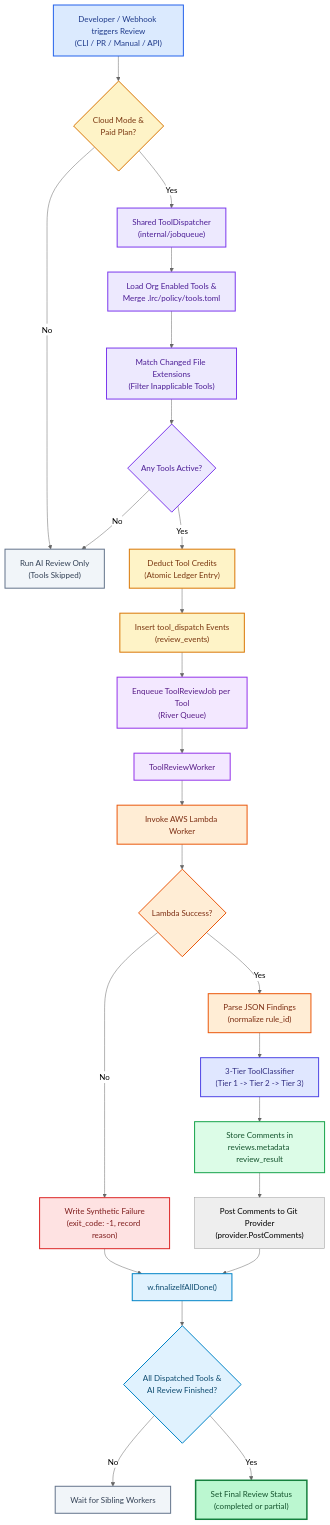
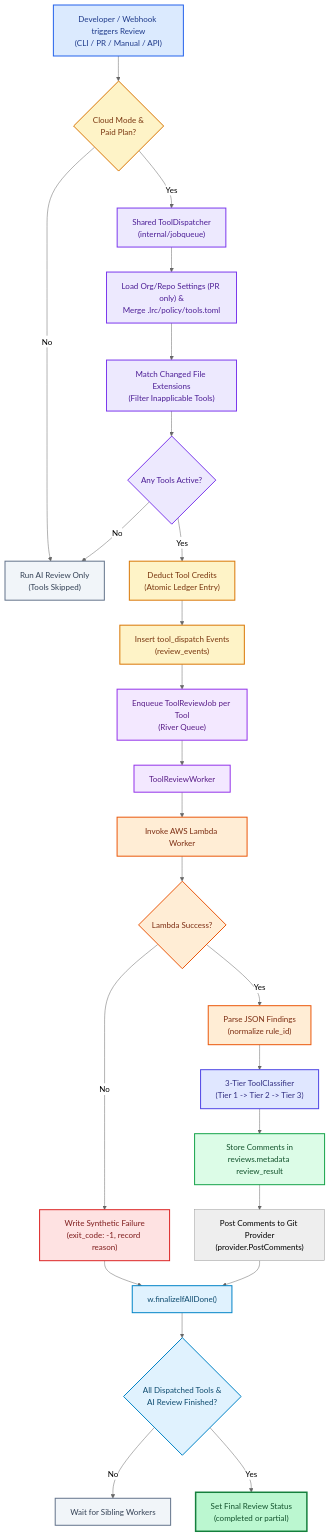
One commit to HexmosTech/LiveReview changed the first of 2 diagrams in docs/tools/tools-integration-beta.md. Above: the diagram before and after it, drawn with Mermaid (neutral theme). The commit also changed other lines of this file and 40 other files, not shown here.

````diff
--- a/docs/tools/tools-integration-beta.md
+++ b/docs/tools/tools-integration-beta.md
@@ -39,64 +39,64 @@
 ```mermaid
 flowchart TD
     A["Developer / Webhook triggers Review<br/>(CLI / PR / Manual / API)"] --> B{"Cloud Mode &<br/>Paid Plan?"}
     B -->|No| C["Run AI Review Only<br/>(Tools Skipped)"]
     B -->|Yes| D["Shared ToolDispatcher<br/>(internal/jobqueue)"]
     
-    D --> E["Load Org Enabled Tools &<br/>Merge .lrc/policy/tools.toml"]
+    D --> E["Load Org/Repo Settings (PR only) &<br/>Merge .lrc/policy/tools.toml"]
     E --> F["Match Changed File Extensions<br/>(Filter Inapplicable Tools)"]
     F --> G{"Any Tools Active?"}
     G -->|No| C
     G -->|Yes| H["Deduct Tool Credits<br/>(Atomic Ledger Entry)"]
     
     H --> I["Insert tool_dispatch Events<br/>(review_events)"]
     I --> J["Enqueue ToolReviewJob per Tool<br/>(River Queue)"]
     
     J --> K["ToolReviewWorker"]
     K --> L["Invoke AWS Lambda Worker"]
     
     L --> M{"Lambda Success?"}
     M -->|No| N["Write Synthetic Failure<br/>(exit_code: -1, record reason)"]
     M -->|Yes| O["Parse JSON Findings<br/>(normalize rule_id)"]
     
     O --> P["3-Tier ToolClassifier<br/>(Tier 1 -> Tier 2 -> Tier 3)"]
     P --> Q["Store Comments in<br/>reviews.metadata review_result"]
     Q --> POST["Post Comments to Git Provider<br/>(provider.PostComments)"]
     
     N --> R["w.finalizeIfAllDone()"]
     POST --> R
     
     R --> S{"All Dispatched Tools &<br/>AI Review Finished?"}
     S -->|No| T["Wait for Sibling Workers"]
     S -->|Yes| U["Set Final Review Status<br/>(completed or partial)"]
 
     %% Trigger & Gates
     style A fill:#dbeafe,stroke:#2563eb,stroke-width:2px,color:#1e3a8a
     style B fill:#fef3c7,stroke:#d97706,stroke-width:2px,color:#78350f
     style C fill:#f1f5f9,stroke:#64748b,stroke-width:2px,color:#334155
 
     %% Dispatcher
     style D fill:#ede9fe,stroke:#7c3aed,stroke-width:2px,color:#4c1d95
     style E fill:#ede9fe,stroke:#7c3aed,stroke-width:2px,color:#4c1d95
     style F fill:#ede9fe,stroke:#7c3aed,stroke-width:2px,color:#4c1d95
     style G fill:#ede9fe,stroke:#7c3aed,stroke-width:2px,color:#4c1d95
     style H fill:#fef3c7,stroke:#d97706,stroke-width:2px,color:#78350f
     style I fill:#fef3c7,stroke:#d97706,stroke-width:2px,color:#78350f
 
     %% Worker Execution
     style J fill:#f3e8ff,stroke:#9333ea,stroke-width:2px,color:#581c87
     style K fill:#f3e8ff,stroke:#9333ea,stroke-width:2px,color:#581c87
     style L fill:#ffedd5,stroke:#ea580c,stroke-width:2px,color:#7c2d12
     style M fill:#ffedd5,stroke:#ea580c,stroke-width:2px,color:#7c2d12
     style N fill:#fee2e2,stroke:#dc2626,stroke-width:2px,color:#7f1d1d
     style O fill:#ffedd5,stroke:#ea580c,stroke-width:2px,color:#7c2d12
 
     %% Classification
     style P fill:#e0e7ff,stroke:#4f46e5,stroke-width:2px,color:#312e81
     style Q fill:#dcfce7,stroke:#16a34a,stroke-width:2px,color:#14532d
 
     %% Finalization
     style R fill:#e0f2fe,stroke:#0284c7,stroke-width:2px,color:#0c4a6e
     style S fill:#e0f2fe,stroke:#0284c7,stroke-width:2px,color:#0c4a6e
     style T fill:#f1f5f9,stroke:#64748b,stroke-width:2px,color:#334155
     style U fill:#bbf7d0,stroke:#15803d,stroke-width:3px,color:#14532d
 ```
````
